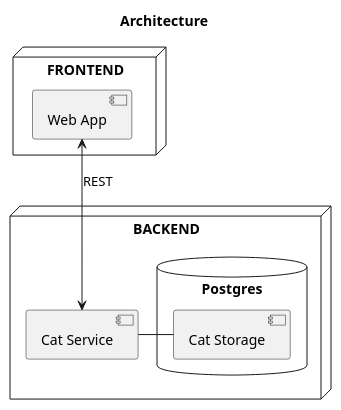
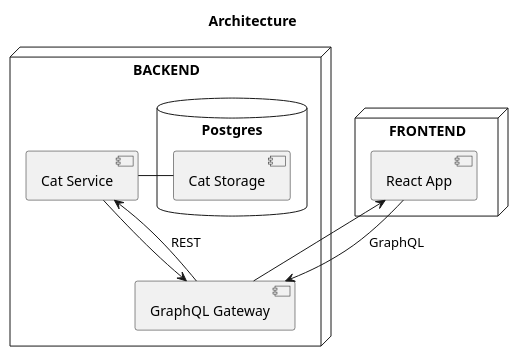
The diagram in architecture.puml (Zeukkari/cat-api), drawn with PlantUML before and after one commit.

```diff
--- a/architecture.puml
+++ b/architecture.puml
@@ -1,18 +1,23 @@
 @startuml
 title Architecture
 
 node "FRONTEND" {
-  [Web App]
+  [React App]
 }
 
 node "BACKEND" {
+  [GraphQL Gateway]
   [Cat Service]
   database "Postgres" {
     [Cat Storage]
   }
 }
 
-[Web App] <--> [Cat Service] : REST
+[Cat Service] --> [GraphQL Gateway]
 [Cat Service] - [Cat Storage]
+[React App] --> [GraphQL Gateway] : GraphQL
+[GraphQL Gateway] -left-> [React App]
+[GraphQL Gateway] --> [Cat Service] : REST
+
 
 @enduml
```
